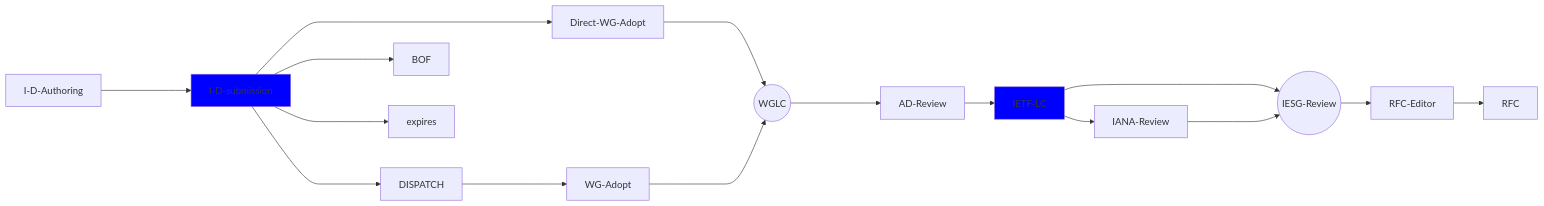
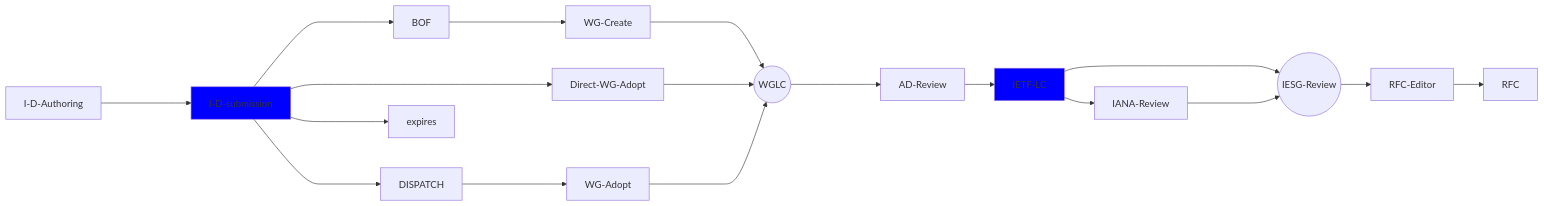
Before and after one commit to ghwood/ietf-i-d-process: the diagram in index.md, drawn with Mermaid.

````diff
--- a/index.md
+++ b/index.md
@@ -16,27 +16,29 @@
 ```mermaid
 graph LR
     classDef I-D-Authoring fill:orange
     classDef lastIETF fill:blue
     classDef I-D-submit fill:blue
     
     I-D-Authoring ----> I-D-submission
     class I-D-submission I-D-submit
     I-D-submission ----> Direct-WG-Adopt
     I-D-submission ----> DISPATCH
     I-D-submission ----> BOF
+    BOF ----> WG-Create
+    WG-Create ----> WGLC((WGLC))
     I-D-submission ----> expires
     Direct-WG-Adopt ----> WGLC((WGLC))
     DISPATCH ----> WG-Adopt
     WG-Adopt ----> WGLC
     WGLC ----> AD-Review
     AD-Review --> IETF-LC
     class IETF-LC lastIETF
     IETF-LC --> IANA-Review 
     IETF-LC ----> IESG-Review((IESG-Review))
     class IESG-Review current
     IANA-Review ----> IESG-Review
     IESG-Review --> RFC-Editor
     RFC-Editor --> RFC
 
 
 ```
````
